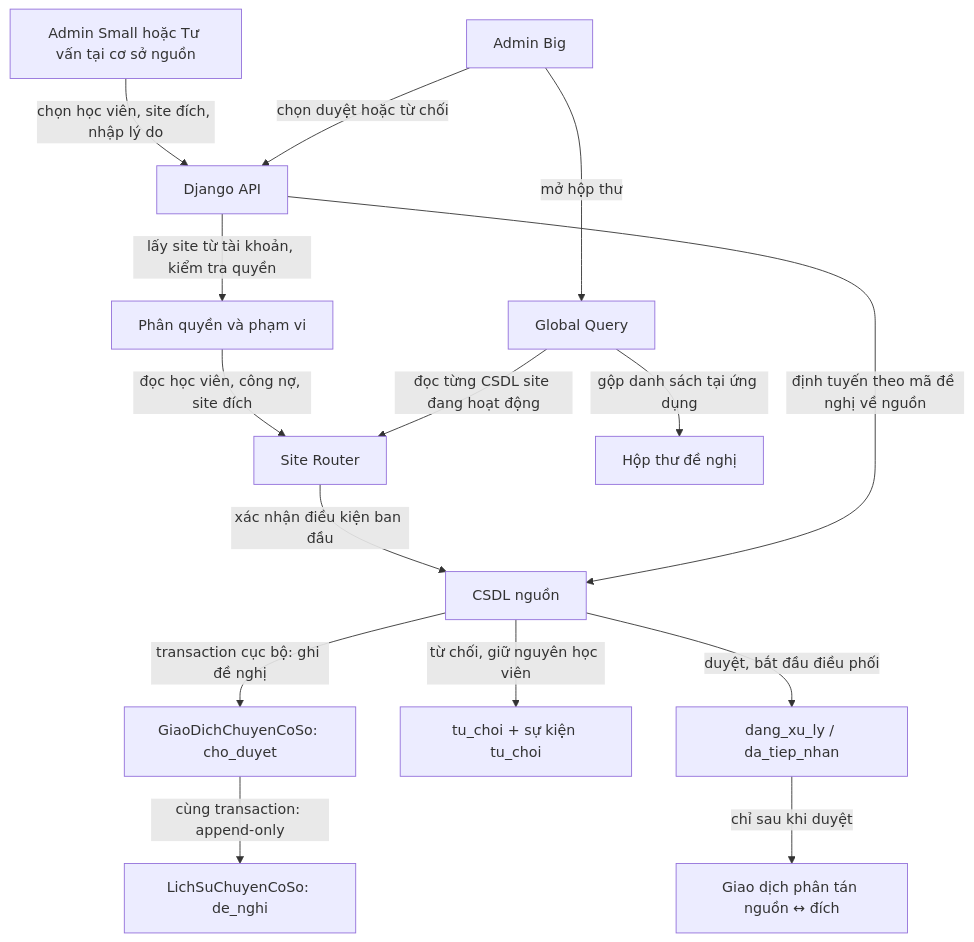
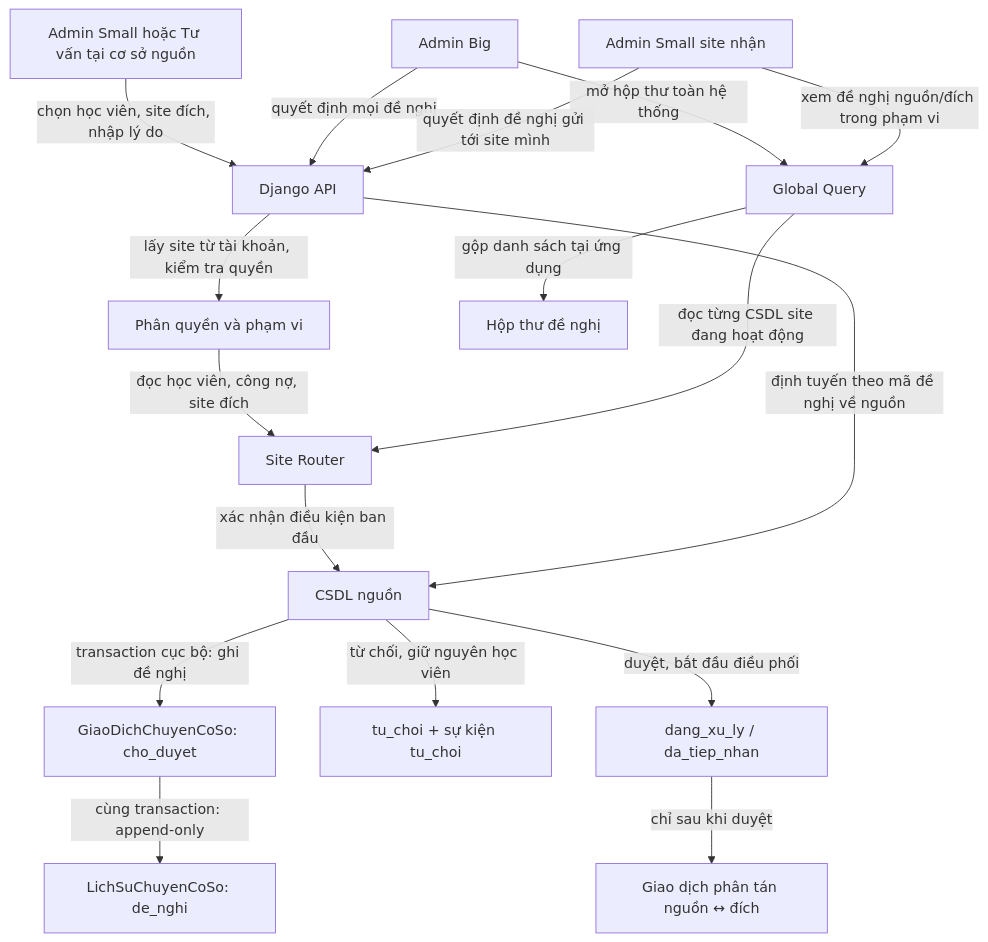
The diagram in docs/QLTTNN-Giao-Dich-Phan-Tan.md (Quochieu2005/language-center-management), drawn with Mermaid before and after one commit. The commit also changed other lines of this file and 27 other files, not shown here.

````diff
--- a/docs/QLTTNN-Giao-Dich-Phan-Tan.md
+++ b/docs/QLTTNN-Giao-Dich-Phan-Tan.md
@@ -59,17 +60,19 @@
 ```mermaid
 flowchart TD
     Requester["Admin Small hoặc Tư vấn tại cơ sở nguồn"] -->|chọn học viên, site đích, nhập lý do| API["Django API"]
     API -->|lấy site từ tài khoản, kiểm tra quyền| Permission["Phân quyền và phạm vi"]
     Permission -->|đọc học viên, công nợ, site đích| Router["Site Router"]
     Router -->|xác nhận điều kiện ban đầu| Source["CSDL nguồn"]
     Source -->|transaction cục bộ: ghi đề nghị| Request["GiaoDichChuyenCoSo: cho_duyet"]
     Request -->|cùng transaction: append-only| EventRequest["LichSuChuyenCoSo: de_nghi"]
-    Big["Admin Big"] -->|mở hộp thư| Global["Global Query"]
+    Big["Admin Big"] -->|mở hộp thư toàn hệ thống| Global["Global Query"]
+    SmallTarget["Admin Small site nhận"] -->|xem đề nghị nguồn/đích trong phạm vi| Global
     Global -->|đọc từng CSDL site đang hoạt động| Router
     Global -->|gộp danh sách tại ứng dụng| Inbox["Hộp thư đề nghị"]
-    Big -->|chọn duyệt hoặc từ chối| API
+    Big -->|quyết định mọi đề nghị| API
+    SmallTarget -->|quyết định đề nghị gửi tới site mình| API
     API -->|định tuyến theo mã đề nghị về nguồn| Source
     Source -->|từ chối, giữ nguyên học viên| Rejected["tu_choi + sự kiện tu_choi"]
     Source -->|duyệt, bắt đầu điều phối| Approved["dang_xu_ly / da_tiep_nhan"]
     Approved -->|chỉ sau khi duyệt| Distributed["Giao dịch phân tán nguồn ↔ đích"]
 ```
````
